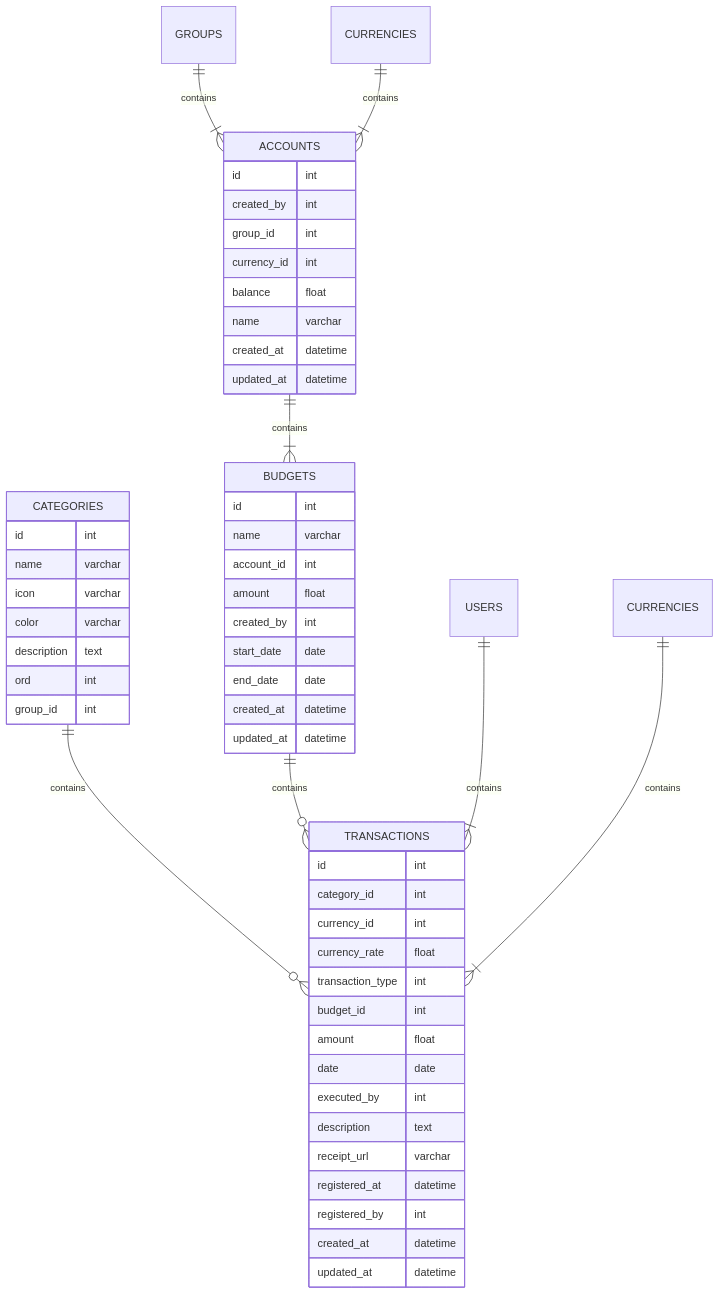
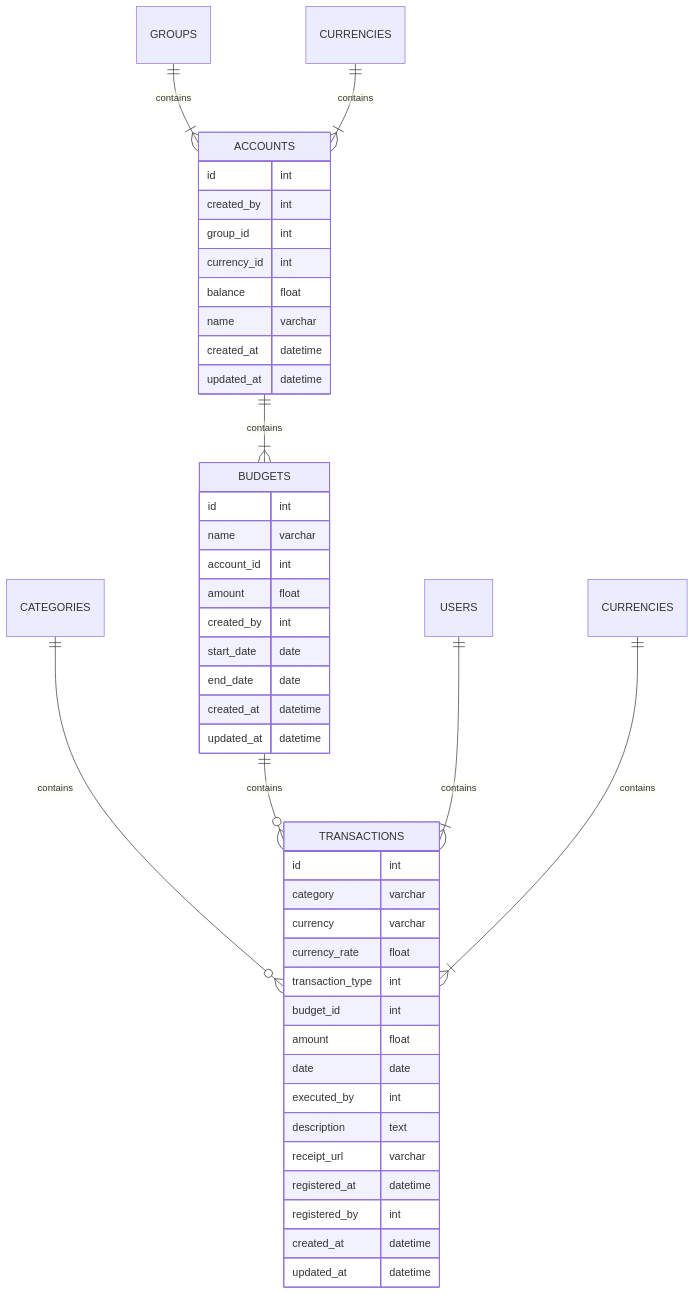
One commit to prulloac/fineasy changed the third of 6 diagrams in docs/SCHEMA.md. Above: the diagram before and after it, drawn with Mermaid. The commit also changed other lines of this file and 20 other files, not shown here.

````diff
--- a/docs/SCHEMA.md
+++ b/docs/SCHEMA.md
@@ -145,66 +145,56 @@
 ```mermaid
 
 erDiagram
     ACCOUNTS {
         id int
         created_by int
         group_id int
         currency_id int
         balance float
         name varchar
         created_at datetime
         updated_at datetime
     }
 
     BUDGETS {
         id int
         name varchar
         account_id int
         amount float
         created_by int
         start_date date
         end_date date
         created_at datetime
         updated_at datetime
     }
 
-    CATEGORIES {
-        id int
-        name varchar
-        icon varchar
-        color varchar
-        description text
-        ord int
-        group_id int
-    }
-
     TRANSACTIONS {
         id int
-        category_id int
-        currency_id int
+        category varchar
+        currency varchar
         currency_rate float
         transaction_type int
         budget_id int
         amount float
         date date
         executed_by int
         description text
         receipt_url varchar
         registered_at datetime
         registered_by int
         created_at datetime
         updated_at datetime
     }
 
     c1[CURRENCIES]
     c2[CURRENCIES]
 
     ACCOUNTS ||--|{ BUDGETS : contains
     CATEGORIES ||--o{ TRANSACTIONS : contains
     BUDGETS ||--o{ TRANSACTIONS : contains
     USERS ||--|{ TRANSACTIONS : contains
     GROUPS ||--|{ ACCOUNTS : contains
     c1 ||--|{ ACCOUNTS : contains
     c2 ||--|{ TRANSACTIONS : contains
 
 ```
````
